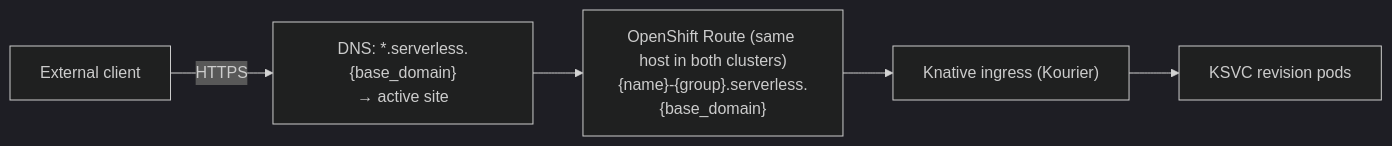
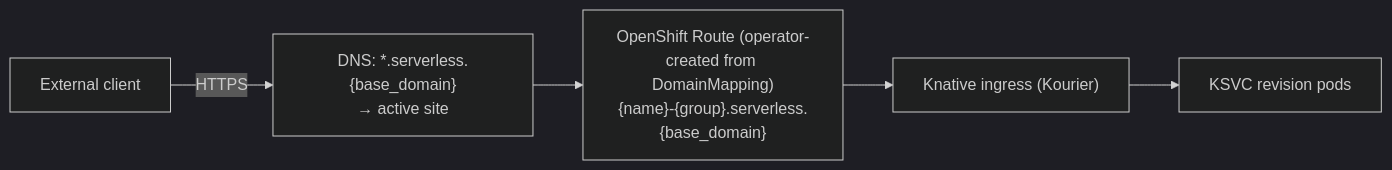
The fourth of 7 diagrams in docs/ARCHITECTURE.md (black-cloudlet/serverless), drawn with Mermaid (dark theme) before and after one commit. The commit also changed other lines of this file and 70 other files, not shown here.

First line of the commit message:
Serverless API: FaaS + CaaS over Knative on OpenShift (#2)

````diff
--- a/docs/ARCHITECTURE.md
+++ b/docs/ARCHITECTURE.md
@@ -393,7 +418,7 @@
 ```mermaid
 flowchart LR
     Ext["External client"] -->|HTTPS| DNS["DNS: *.serverless.{base_domain}<br/>→ active site"]
-    DNS --> RT["OpenShift Route (same host in both clusters)<br/>{name}-{group}.serverless.{base_domain}"]
+    DNS --> RT["OpenShift Route (operator-created from DomainMapping)<br/>{name}-{group}.serverless.{base_domain}"]
     RT --> KIN["Knative ingress (Kourier)"]
     KIN --> KSVC["KSVC revision pods"]
 ```
````
